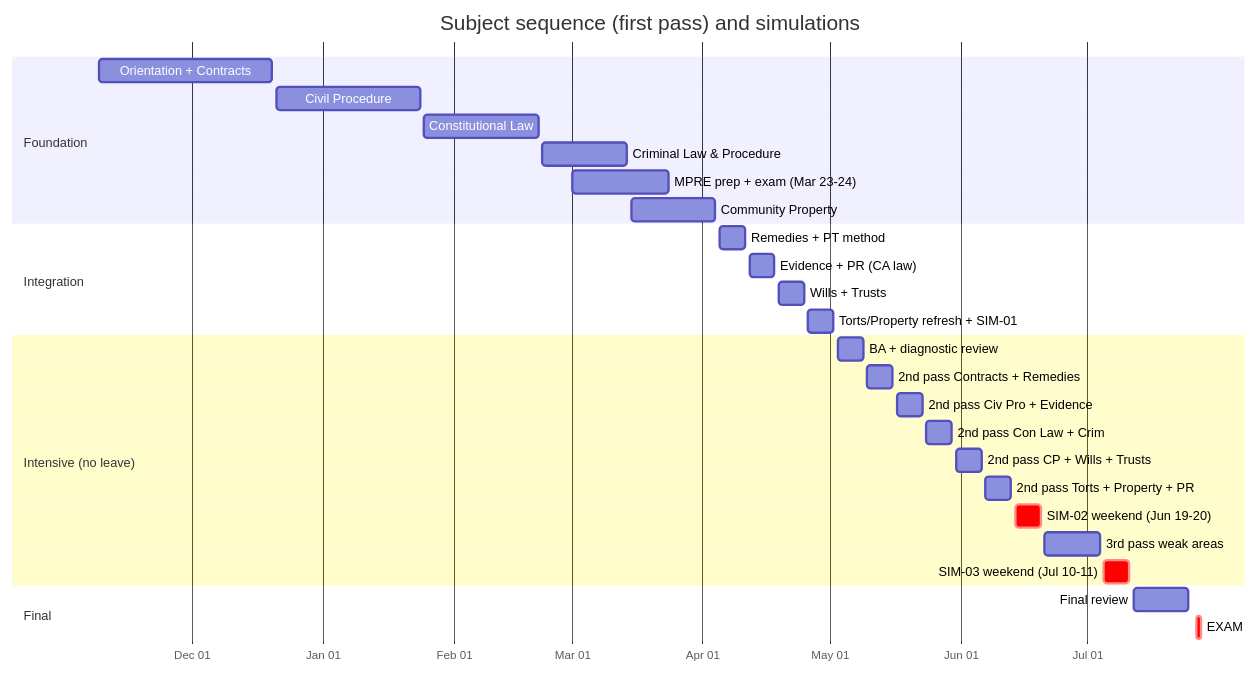
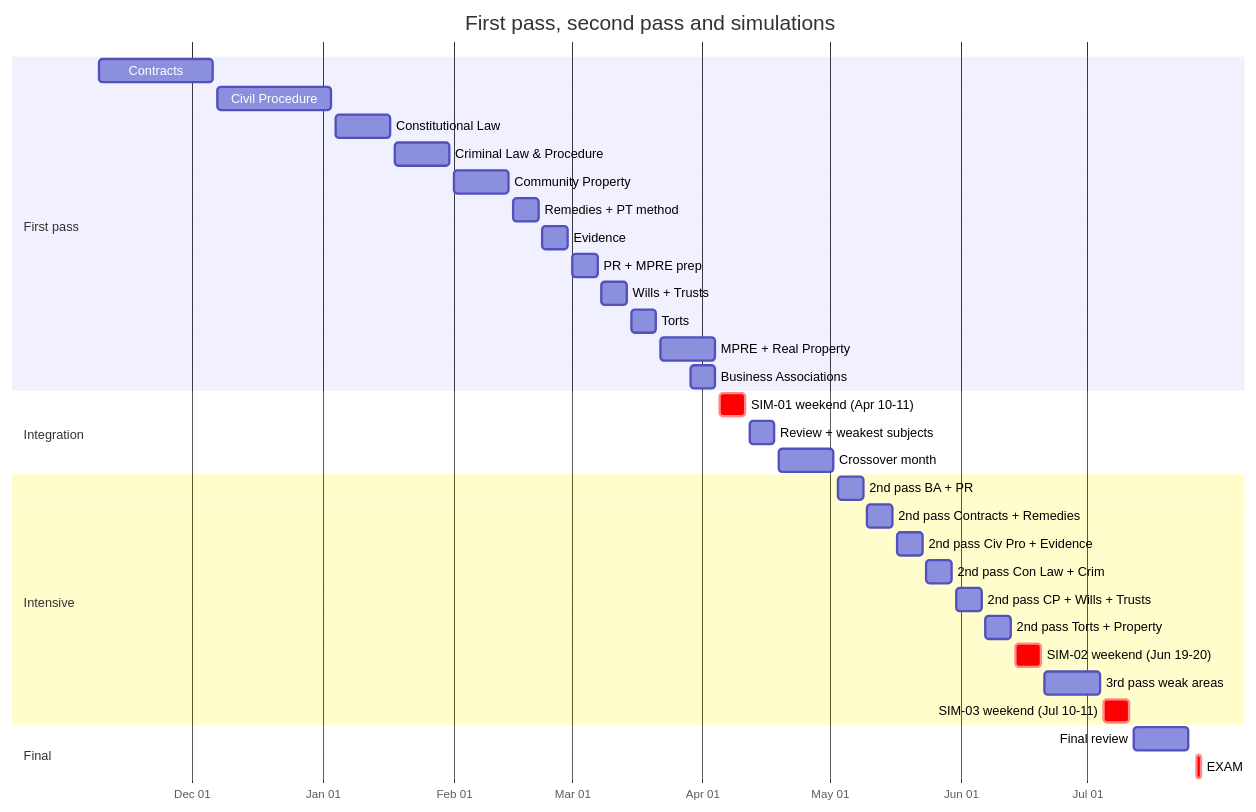
The diagram in 01-study-plan/master-plan.md (FrankHuang94/ca-bar-prep-claude), drawn with Mermaid before and after one commit. The commit also changed other lines of this file and 41 other files, not shown here.

First line of the commit message:
study-plan: capacity from December (3-4 h weekdays + 20 h weekends) — first pass of all 13 subjects by Mar 28, SIM-01 Apr 10-11, ~1,200 h

````diff
--- a/01-study-plan/master-plan.md
+++ b/01-study-plan/master-plan.md
@@ -41,31 +44,36 @@
 ```mermaid
 gantt
-    title Subject sequence (first pass) and simulations
+    title First pass, second pass and simulations
     dateFormat YYYY-MM-DD
     axisFormat %b %d
-    section Foundation
-    Orientation + Contracts           :c1, 2026-11-09, 2026-12-20
-    Civil Procedure                   :c2, 2026-12-21, 2027-01-24
-    Constitutional Law                :c3, 2027-01-25, 2027-02-21
-    Criminal Law & Procedure          :c4, 2027-02-22, 2027-03-14
-    MPRE prep + exam (Mar 23-24)      :m1, 2027-03-01, 2027-03-24
-    Community Property                :c5, 2027-03-15, 2027-04-04
+    section First pass
+    Contracts                         :c1, 2026-11-09, 2026-12-06
+    Civil Procedure                   :c2, 2026-12-07, 2027-01-03
+    Constitutional Law                :c3, 2027-01-04, 2027-01-17
+    Criminal Law & Procedure          :c4, 2027-01-18, 2027-01-31
+    Community Property                :c5, 2027-02-01, 2027-02-14
+    Remedies + PT method              :c6, 2027-02-15, 2027-02-21
+    Evidence                          :c7, 2027-02-22, 2027-02-28
+    PR + MPRE prep                    :c8, 2027-03-01, 2027-03-07
+    Wills + Trusts                    :c9, 2027-03-08, 2027-03-14
+    Torts                             :c10, 2027-03-15, 2027-03-21
+    MPRE + Real Property              :c11, 2027-03-22, 2027-04-04
+    Business Associations             :c12, 2027-03-29, 2027-04-04
     section Integration
-    Remedies + PT method              :i1, 2027-04-05, 2027-04-11
-    Evidence + PR (CA law)            :i2, 2027-04-12, 2027-04-18
-    Wills + Trusts                    :i3, 2027-04-19, 2027-04-25
-    Torts/Property refresh + SIM-01   :i4, 2027-04-26, 2027-05-02
-    section Intensive (no leave)
-    BA + diagnostic review            :n1, 2027-05-03, 2027-05-09
+    SIM-01 weekend (Apr 10-11)        :crit, i1, 2027-04-05, 2027-04-11
+    Review + weakest subjects         :i2, 2027-04-12, 2027-04-18
+    Crossover month                   :i3, 2027-04-19, 2027-05-02
+    section Intensive
+    2nd pass BA + PR                  :n1, 2027-05-03, 2027-05-09
     2nd pass Contracts + Remedies     :n2, 2027-05-10, 2027-05-16
     2nd pass Civ Pro + Evidence       :n3, 2027-05-17, 2027-05-23
     2nd pass Con Law + Crim           :n4, 2027-05-24, 2027-05-30
     2nd pass CP + Wills + Trusts      :n5, 2027-05-31, 2027-06-06
-    2nd pass Torts + Property + PR    :n6, 2027-06-07, 2027-06-13
+    2nd pass Torts + Property         :n6, 2027-06-07, 2027-06-13
     SIM-02 weekend (Jun 19-20)        :crit, n7, 2027-06-14, 2027-06-20
     3rd pass weak areas               :n8, 2027-06-21, 2027-07-04
     SIM-03 weekend (Jul 10-11)        :crit, n9, 2027-07-05, 2027-07-11
     section Final
     Final review                      :f1, 2027-07-12, 2027-07-25
     EXAM                              :crit, f2, 2027-07-27, 2027-07-28
 ```
````
